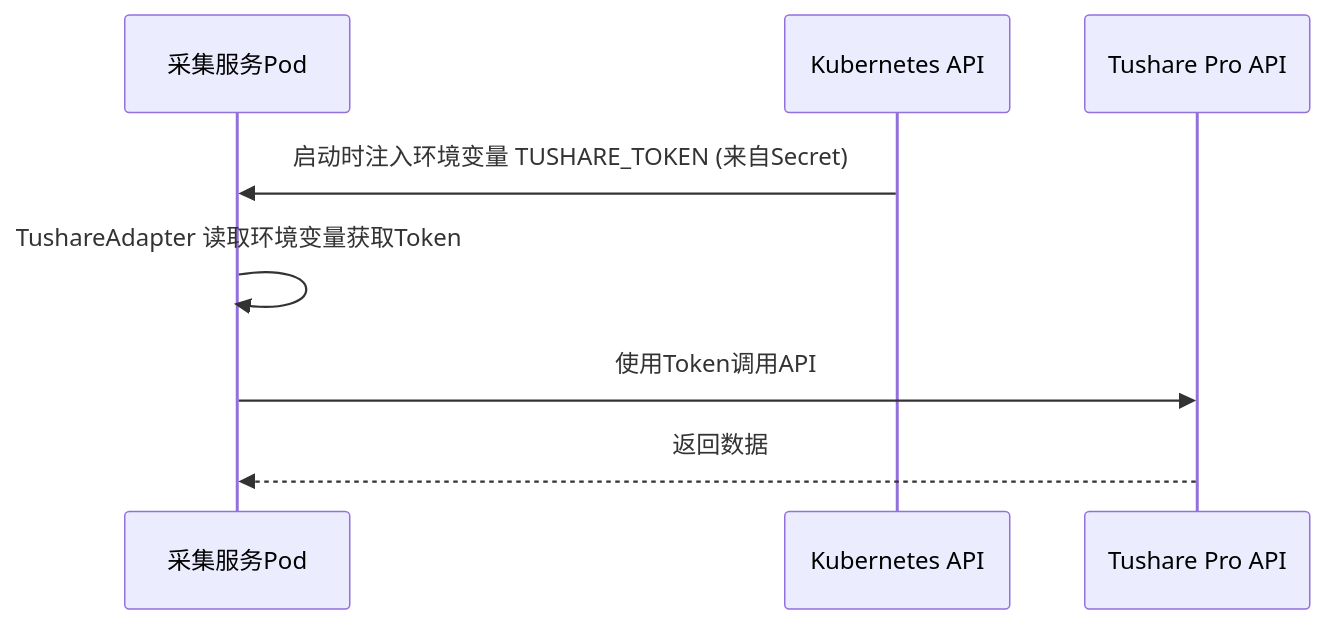
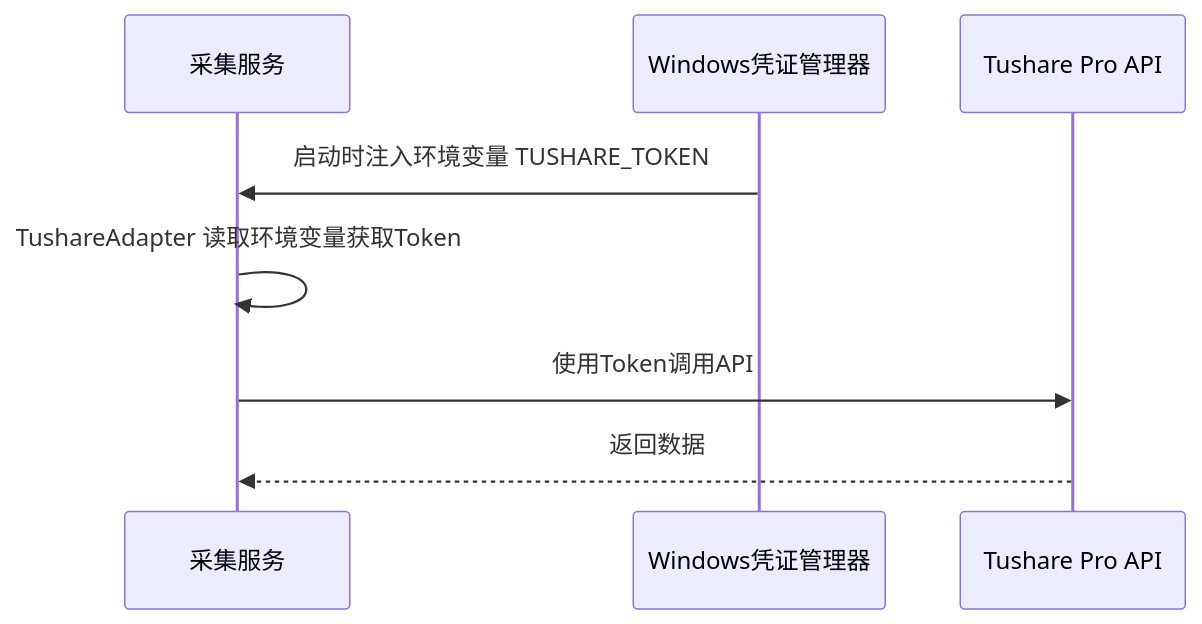
Before and after one commit to jiaenyue/project-argus-qmt-agent: the fifth of 6 diagrams in argus-doc/tushare_pro_integration_design.md, drawn with Mermaid. The commit also changed other lines of this file and 340 other files, not shown here.

````diff
--- a/argus-doc/tushare_pro_integration_design.md
+++ b/argus-doc/tushare_pro_integration_design.md
@@ -258,11 +281,11 @@
 ```mermaid
 sequenceDiagram
-    participant Pod as 采集服务Pod
-    participant K8s as Kubernetes API
+    participant Service as 采集服务
+    participant WinCred as Windows凭证管理器
     participant Tushare as Tushare Pro API
 
-    K8s->>Pod: 启动时注入环境变量 TUSHARE_TOKEN (来自Secret)
-    Pod->>Pod: TushareAdapter 读取环境变量获取Token
-    Pod->>Tushare: 使用Token调用API
-    Tushare-->>Pod: 返回数据
+    WinCred->>Service: 启动时注入环境变量 TUSHARE_TOKEN
+    Service->>Service: TushareAdapter 读取环境变量获取Token
+    Service->>Tushare: 使用Token调用API
+    Tushare-->>Service: 返回数据
 ```
````
